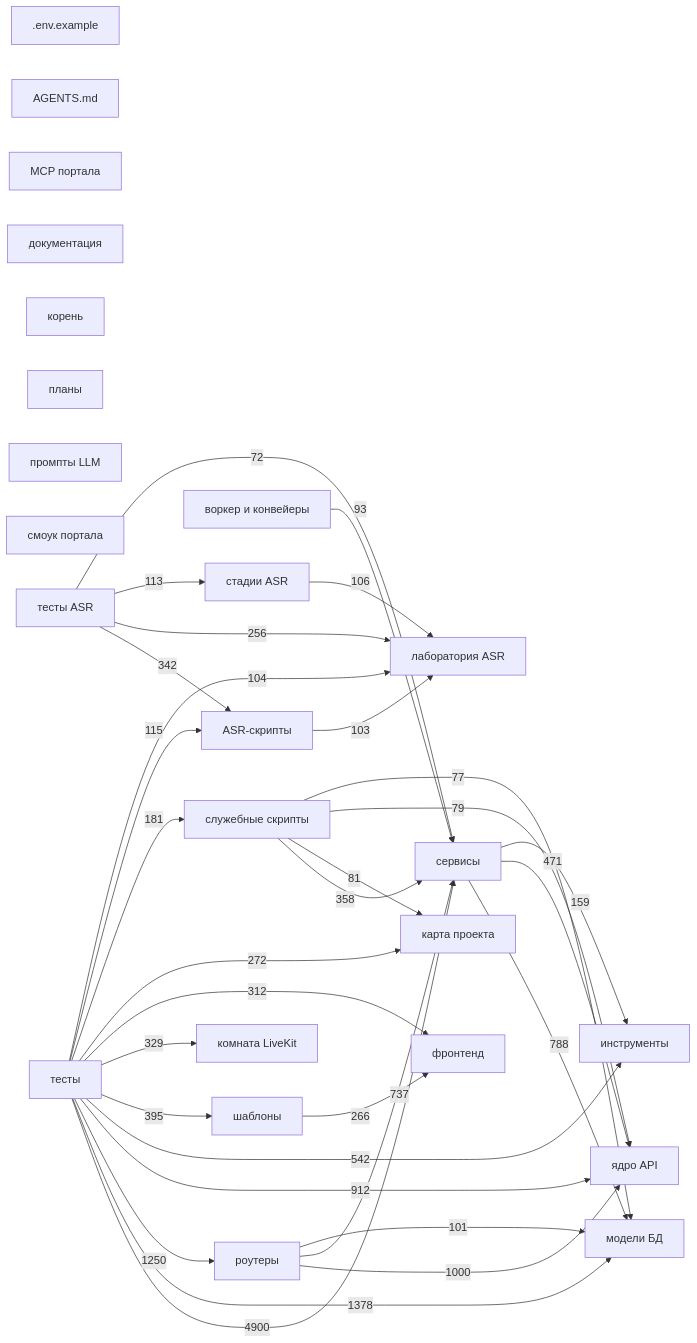
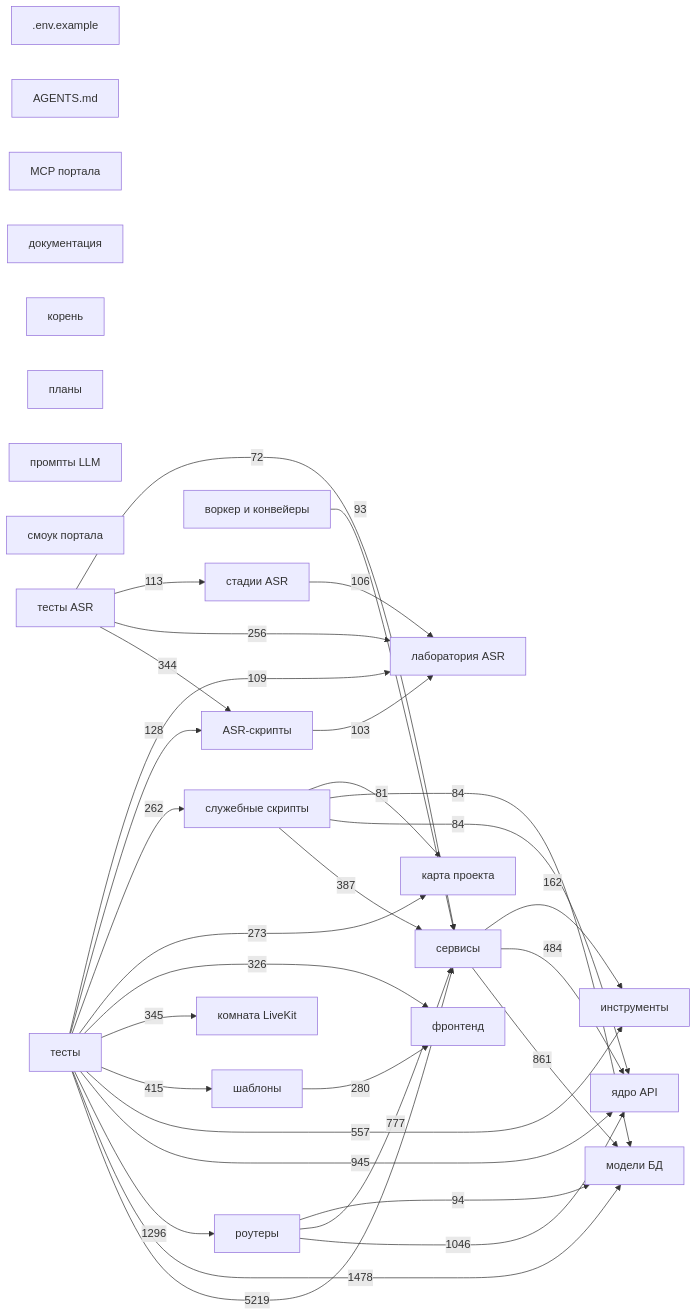
The diagram in docs/project-map/DEPENDENCIES.md (Avosya21/SKKKK), drawn with Mermaid before and after one commit. The commit also changed other lines of this file and 2 other files, not shown here.

````diff
--- a/docs/project-map/DEPENDENCIES.md
+++ b/docs/project-map/DEPENDENCIES.md
@@ -105,57 +105,57 @@
 ```mermaid
 flowchart LR
   g0[".env.example"]
   g1["AGENTS.md"]
   g2["ASR-скрипты"]
   g3["MCP портала"]
   g4["воркер и конвейеры"]
   g5["документация"]
   g6["инструменты"]
   g7["карта проекта"]
   g8["комната LiveKit"]
   g9["корень"]
   g10["лаборатория ASR"]
   g11["модели БД"]
   g12["планы"]
   g13["промпты LLM"]
   g14["роутеры"]
   g15["сервисы"]
   g16["служебные скрипты"]
   g17["смоук портала"]
   g18["стадии ASR"]
   g19["тесты"]
   g20["тесты ASR"]
   g21["фронтенд"]
   g22["шаблоны"]
   g23["ядро API"]
-  g19 -->|4900| g15
-  g19 -->|1378| g11
-  g19 -->|1250| g14
-  g14 -->|1000| g23
-  g19 -->|912| g23
-  g15 -->|788| g11
-  g14 -->|737| g15
-  g19 -->|542| g6
-  g15 -->|471| g23
-  g19 -->|395| g22
-  g16 -->|358| g15
-  g20 -->|342| g2
-  g19 -->|329| g8
-  g19 -->|312| g21
-  g19 -->|272| g7
-  g22 -->|266| g21
+  g19 -->|5219| g15
+  g19 -->|1478| g11
+  g19 -->|1296| g14
+  g14 -->|1046| g23
+  g19 -->|945| g23
+  g15 -->|861| g11
+  g14 -->|777| g15
+  g19 -->|557| g6
+  g15 -->|484| g23
+  g19 -->|415| g22
+  g16 -->|387| g15
+  g19 -->|345| g8
+  g20 -->|344| g2
+  g19 -->|326| g21
+  g22 -->|280| g21
+  g19 -->|273| g7
+  g19 -->|262| g16
   g20 -->|256| g10
-  g19 -->|181| g16
-  g15 -->|159| g6
-  g19 -->|115| g2
+  g15 -->|162| g6
+  g19 -->|128| g2
   g20 -->|113| g18
+  g19 -->|109| g10
   g18 -->|106| g10
-  g19 -->|104| g10
   g2 -->|103| g10
-  g14 -->|101| g11
+  g14 -->|94| g11
   g4 -->|93| g15
+  g16 -->|84| g23
+  g16 -->|84| g11
   g16 -->|81| g7
-  g16 -->|79| g23
-  g16 -->|77| g11
   g20 -->|72| g15
 ```
````
